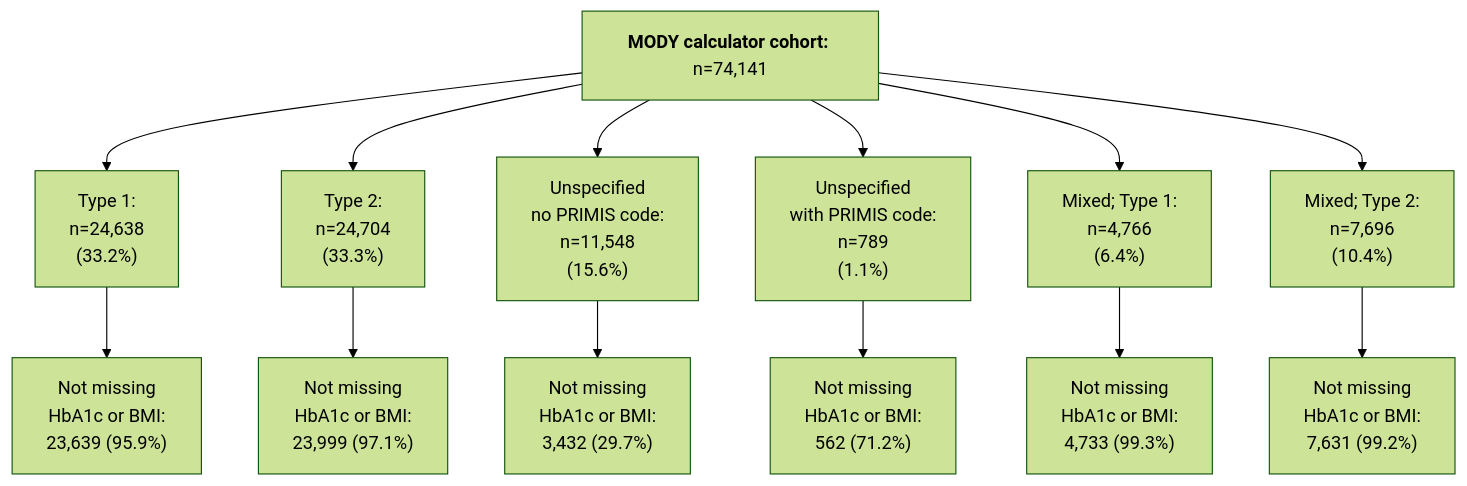
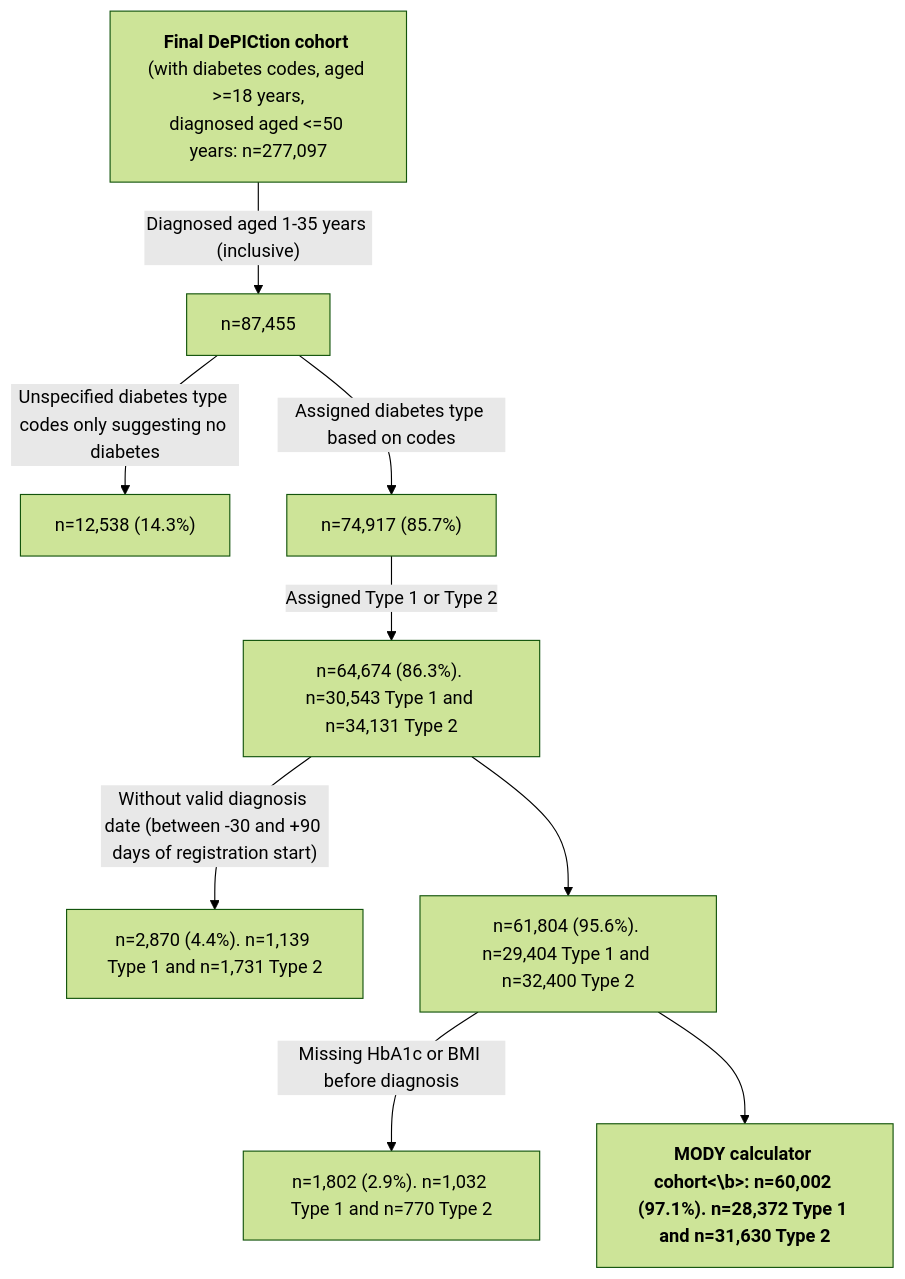
The third of 4 diagrams in README.md (Exeter-Diabetes/CPRD-Katie-DePICtion-Scripts), drawn with Mermaid (forest theme) before and after one commit.

````diff
--- a/README.md
+++ b/README.md
@@ -87,15 +87,13 @@
 ```mermaid
 graph TD;
-    G["<b>MODY calculator cohort:</b> n=74,141"] --> H["Type 1:<br>n=24,638<br>(33.2%)"]
-    G --> I["Type 2:<br>n=24,704<br>(33.3%)"]
-    G --> J["Unspecified<br>no PRIMIS code:<br>n=11,548<br>(15.6%)"]
-    G --> K["Unspecified<br>with PRIMIS code: <br>n=789<br>(1.1%)"]
-    G --> L["Mixed; Type 1:<br>n=4,766<br>(6.4%)"]
-    G --> M["Mixed; Type 2:<br>n=7,696<br>(10.4%)"]
-    H --> N["Not missing<br>HbA1c or BMI:<br>23,639 (95.9%)"]
-    I --> O["Not missing<br>HbA1c or BMI:<br>23,999 (97.1%)"]
-    J --> P["Not missing<br>HbA1c or BMI:<br>3,432 (29.7%)"]
-    K --> Q["Not missing<br>HbA1c or BMI:<br>562 (71.2%)"]
-    L --> R["Not missing<br>HbA1c or BMI:<br>4,733 (99.3%)"]
-    M --> S["Not missing<br>HbA1c or BMI:<br>7,631 (99.2%)"]
+    A["<b>Final DePICtion cohort</b> (with diabetes codes, aged >=18 years,<br>diagnosed aged <=50 years: n=277,097"] --> |"Diagnosed aged 1-35 years (inclusive)"| B["n=87,455"]
+    B --> |"Unspecified diabetes type codes only suggesting no diabetes"| C["n=12,538 (14.3%)"]
+    B --> |"Assigned diabetes type based on codes"| D["n=74,917 (85.7%)"]
+    D --> |"Assigned Type 1 or Type 2"| E["n=64,674 (86.3%). n=30,543 Type 1 and n=34,131 Type 2"]
+    E --> |"Without valid diagnosis date (between -30 and +90 days of registration start)"| F["n=2,870 (4.4%). n=1,139 Type 1 and n=1,731 Type 2"]
+    E --> G["n=61,804 (95.6%). n=29,404 Type 1 and n=32,400 Type 2"]
+    G --> |"Missing HbA1c or BMI before diagnosis"|H["n=1,802 (2.9%). n=1,032 Type 1 and n=770 Type 2"]
+    G --> I["<b>MODY calculator cohort<\b>: n=60,002 (97.1%). n=28,372 Type 1 and n=31,630 Type 2"]
+   
+   
 ```
````
